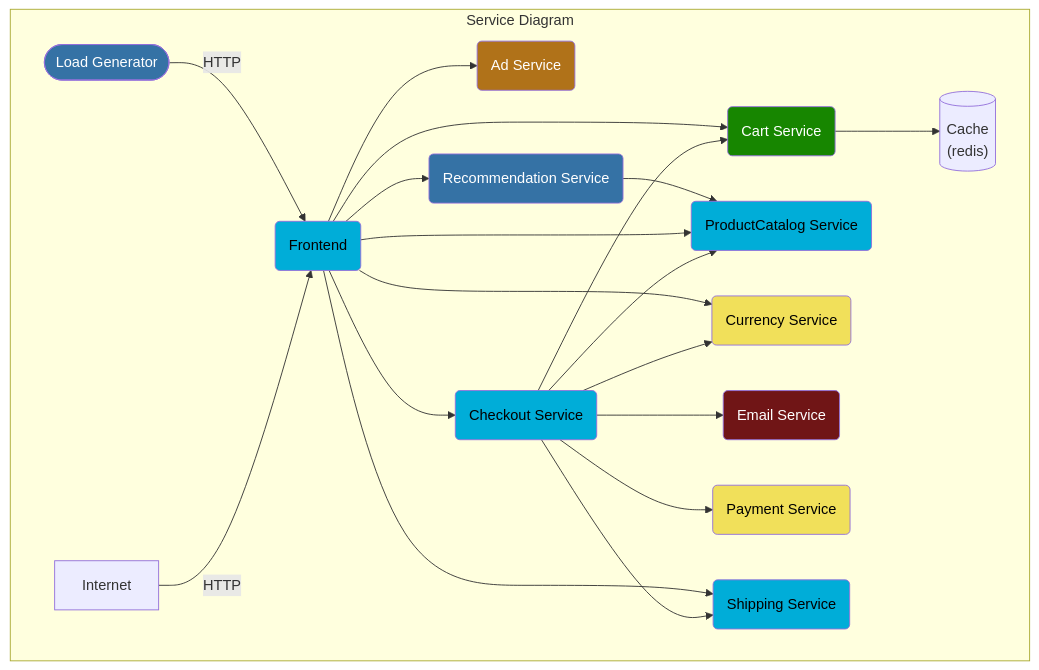
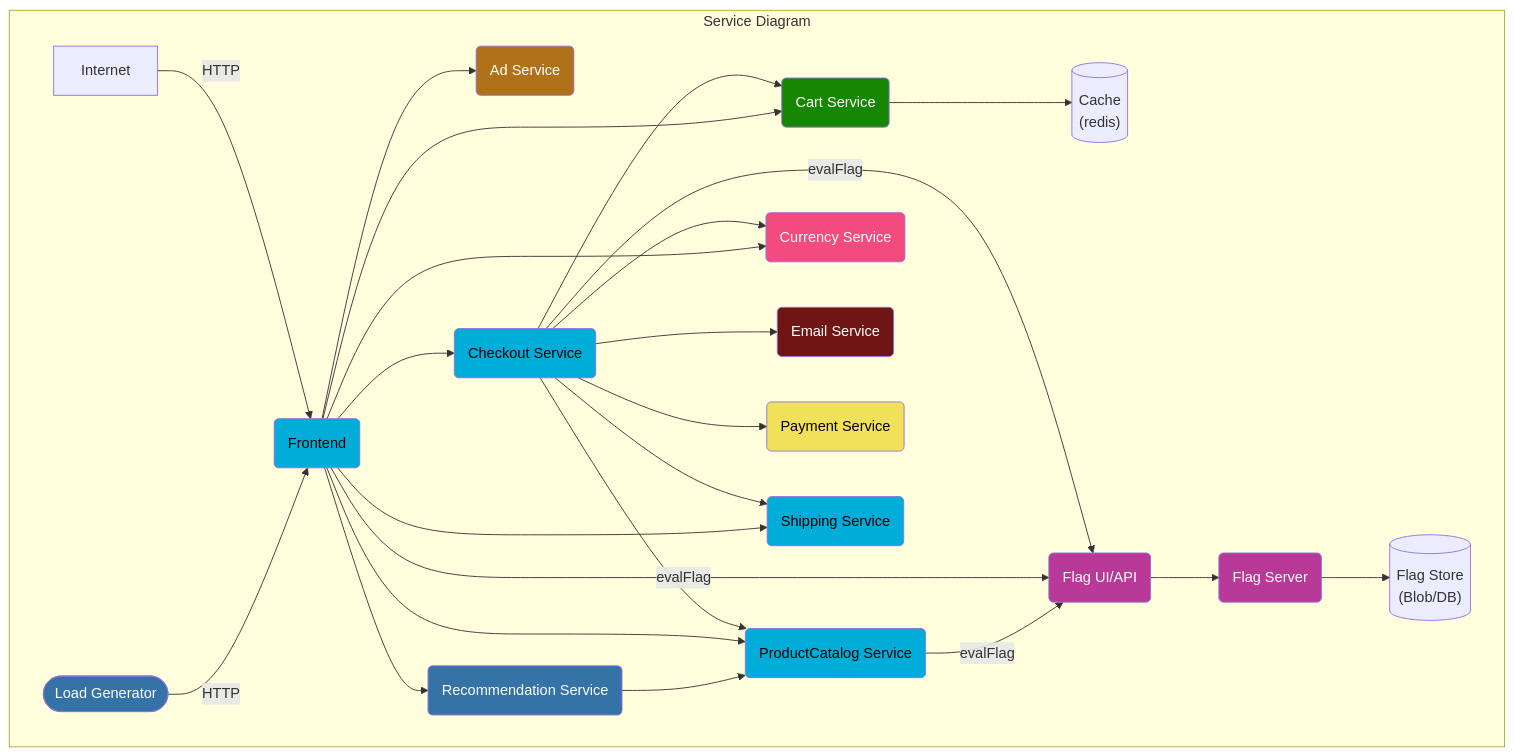
The first of 2 diagrams in README.md (open-telemetry/opentelemetry-demo), drawn with Mermaid before and after one commit. The commit also changed other lines of this file, not shown here.

Commit message:
documentation updates

````diff
--- a/README.md
+++ b/README.md
@@ -123,48 +124,57 @@
 ```mermaid
 graph TD
 
 subgraph Service Diagram
 adservice(Ad Service):::java
 cache[(Cache<br/>&#40redis&#41)]
 cartservice(Cart Service):::dotnet
 checkoutservice(Checkout Service):::golang
-currencyservice(Currency Service):::nodejs
+currencyservice(Currency Service):::cpp
 emailservice(Email Service):::ruby
 frontend(Frontend):::golang
 loadgenerator([Load Generator]):::python
 paymentservice(Payment Service):::nodejs
 productcatalogservice(ProductCatalog Service):::golang
 recommendationservice(Recommendation Service):::python
 shippingservice(Shipping Service):::golang
 
 Internet -->|HTTP| frontend
 loadgenerator -->|HTTP| frontend
 
 checkoutservice --> cartservice --> cache
 checkoutservice --> productcatalogservice
 checkoutservice --> currencyservice
 checkoutservice --> emailservice
 checkoutservice --> paymentservice
 checkoutservice --> shippingservice
+checkoutservice --> |evalFlag| featureflagfeservice
 
 frontend --> adservice
 frontend --> cartservice
 frontend --> productcatalogservice
 frontend --> checkoutservice
 frontend --> currencyservice
 frontend --> recommendationservice --> productcatalogservice
 frontend --> shippingservice
+frontend --> |evalFlag| featureflagfeservice
 
+productcatalogservice --> |evalFlag| featureflagfeservice
+
+featureflagbeservice(Flag Server):::erlang
+featureflagfeservice(Flag UI/API):::erlang
+featureflagstore[(Flag Store<br/>&#40Blob/DB&#41)]
+
+featureflagfeservice --> featureflagbeservice --> featureflagstore
 
 end
 classDef java fill:#b07219,color:white;
 classDef dotnet fill:#178600,color:white;
 classDef golang fill:#00add8,color:black;
 classDef cpp fill:#f34b7d,color:white;
 classDef ruby fill:#701516,color:white;
 classDef python fill:#3572A5,color:white;
 classDef nodejs fill:#f1e05a,color:black;
 classDef rust fill:#dea584,color:black;
 classDef erlang fill:#b83998,color:white;
 classDef php fill:#4f5d95,color:white;
 ```
````
